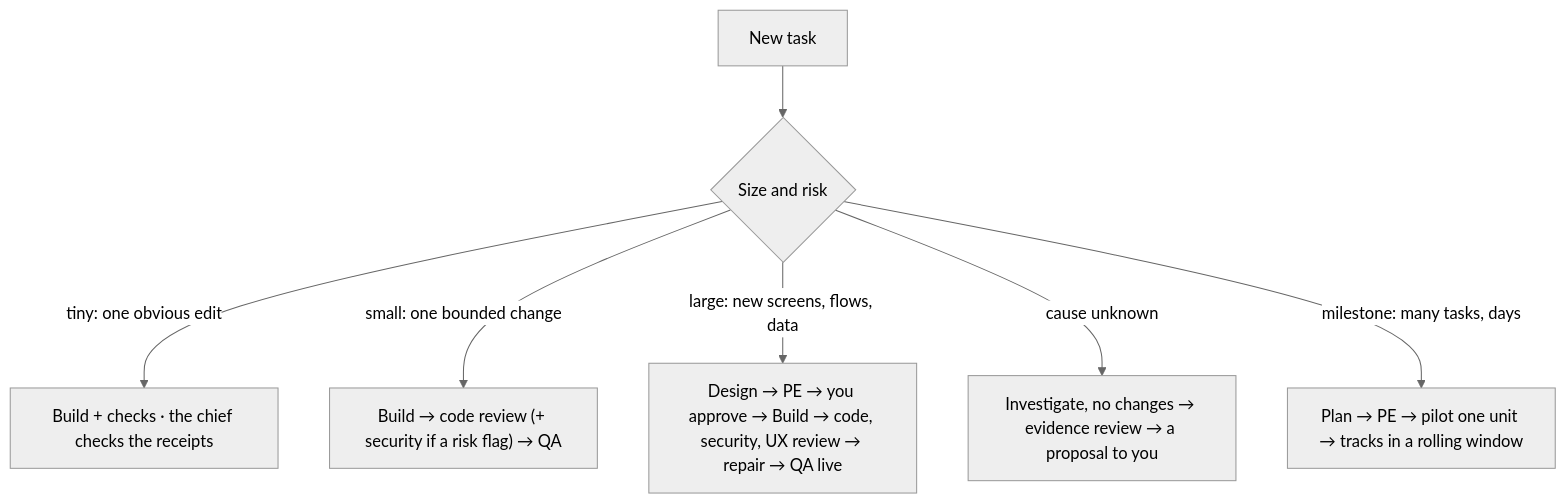
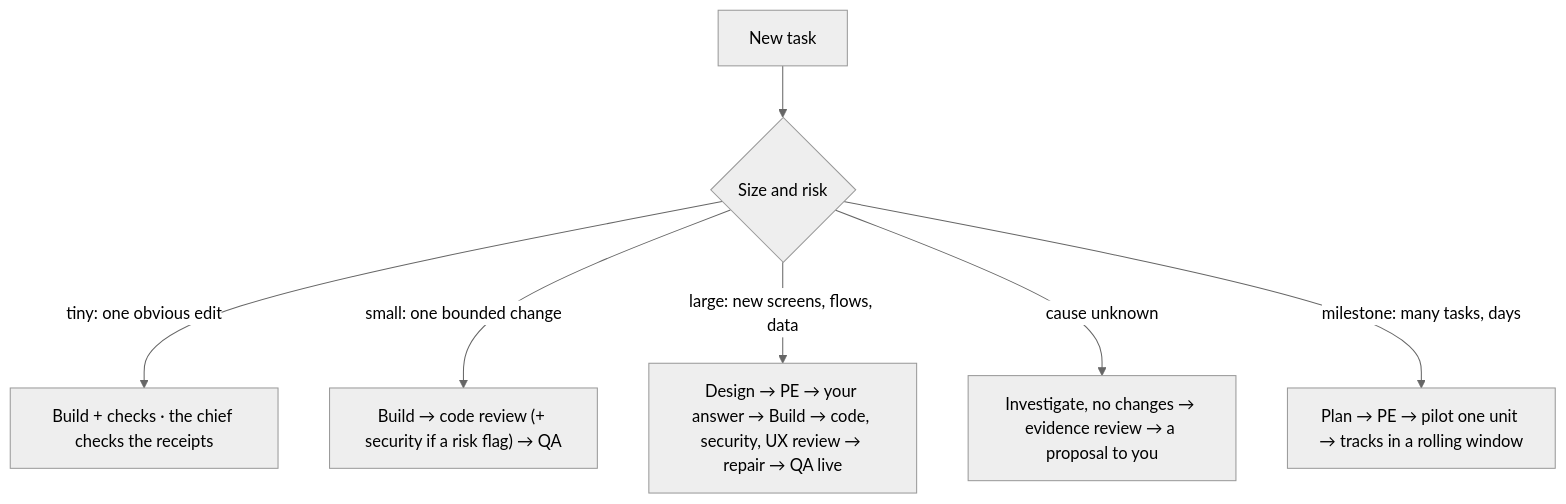
Before and after one commit to erickb336/sage: the second of 6 diagrams in docs/design/sage-mode.md, drawn with Mermaid (neutral theme). The commit also changed other lines of this file and 23 other files, not shown here.

````diff
--- a/docs/design/sage-mode.md
+++ b/docs/design/sage-mode.md
@@ -126,9 +126,9 @@
 ```mermaid
 flowchart TB
   T["New task"] --> S{"Size and risk"}
   S -->|"tiny: one obvious edit"| T1["Build + checks · the chief checks the receipts"]
   S -->|"small: one bounded change"| T2["Build → code review (+ security if a risk flag) → QA"]
-  S -->|"large: new screens, flows, data"| T3["Design → PE → you approve → Build → code, security, UX review → repair → QA live"]
+  S -->|"large: new screens, flows, data"| T3["Design → PE → your answer → Build → code, security, UX review → repair → QA live"]
   S -->|"cause unknown"| T4["Investigate, no changes → evidence review → a proposal to you"]
   S -->|"milestone: many tasks, days"| T5["Plan → PE → pilot one unit → tracks in a rolling window"]
 ```
````
